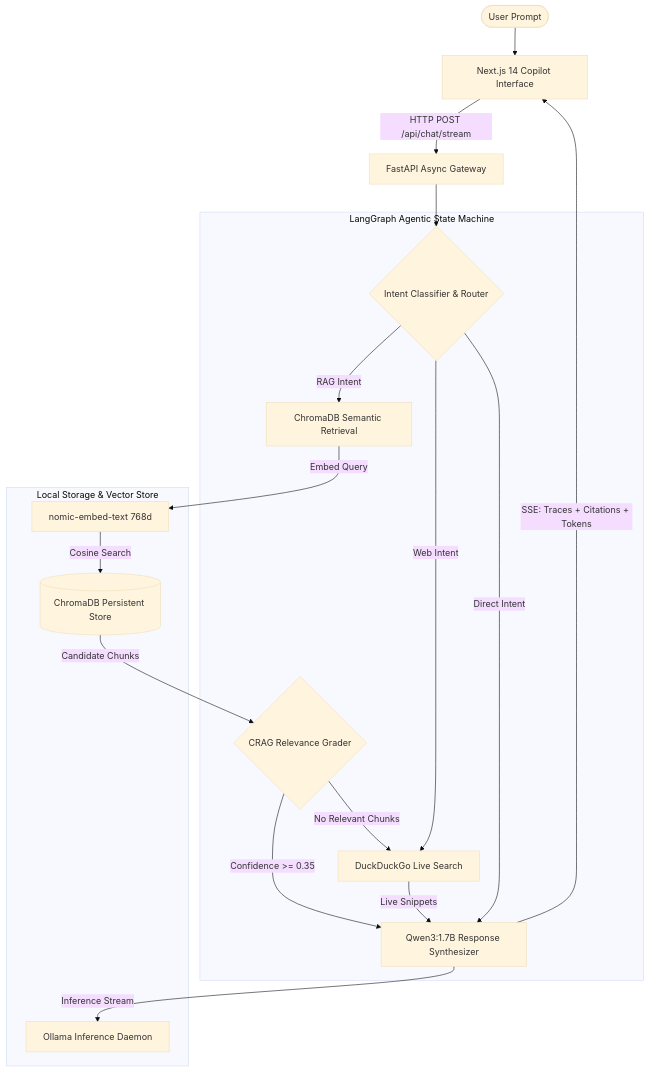
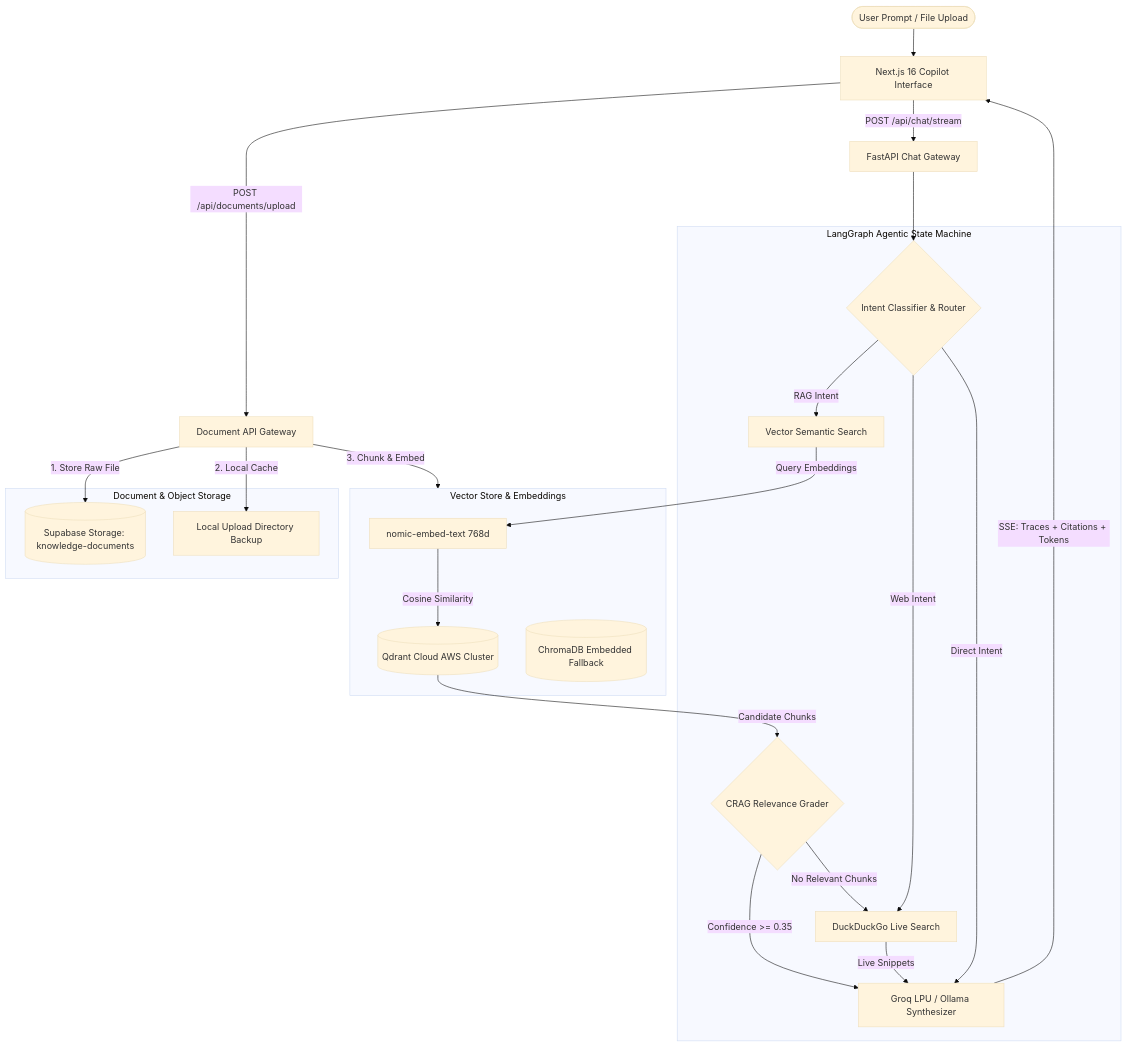
The diagram in README.md (zakirali05/Enterprise_Agentic_RAG_ChatBot), drawn with Mermaid (base theme) before and after one commit. The commit also changed other lines of this file and 9 other files, not shown here.

Commit message:
feat: integrate Supabase Storage for document upload & delete, clean architecture, update README to Apache 2.0

````diff
--- a/README.md
+++ b/README.md
@@ -29,35 +34,44 @@
 ```mermaid
 flowchart TD
-    User([User Prompt]) --> Frontend[Next.js 14 Copilot Interface]
-    Frontend -->|HTTP POST /api/chat/stream| Gateway[FastAPI Async Gateway]
+    User([User Prompt / File Upload]) --> Frontend[Next.js 16 Copilot Interface]
+    Frontend -->|POST /api/documents/upload| DocRoute[Document API Gateway]
+    Frontend -->|POST /api/chat/stream| ChatRoute[FastAPI Chat Gateway]
     
+    subgraph Storage ["Document & Object Storage"]
+        Supabase[(Supabase Storage: knowledge-documents)]
+        DiskBackup[Local Upload Directory Backup]
+    end
+
+    DocRoute -->|1. Store Raw File| Supabase
+    DocRoute -->|2. Local Cache| DiskBackup
+    DocRoute -->|3. Chunk & Embed| VectorEngine
+
+    subgraph VectorEngine ["Vector Store & Embeddings"]
+        Embedder[nomic-embed-text 768d]
+        Qdrant[(Qdrant Cloud AWS Cluster)]
+        Chroma[(ChromaDB Embedded Fallback)]
+    end
+
     subgraph LangGraph ["LangGraph Agentic State Machine"]
         Router{Intent Classifier & Router}
-        Retriever[ChromaDB Semantic Retrieval]
+        Retriever[Vector Semantic Search]
         Grader{CRAG Relevance Grader}
         WebSearch[DuckDuckGo Live Search]
-        Generator[Qwen3:1.7B Response Synthesizer]
+        Synthesizer[Groq LPU / Ollama Synthesizer]
     end
 
-    subgraph Storage ["Local Storage & Vector Store"]
-        Chroma[(ChromaDB Persistent Store)]
-        Embeddings[nomic-embed-text 768d]
-        OllamaEngine[Ollama Inference Daemon]
-    end
-
-    Gateway --> Router
+    ChatRoute --> Router
     Router -->|RAG Intent| Retriever
     Router -->|Web Intent| WebSearch
-    Router -->|Direct Intent| Generator
-    
-    Retriever -->|Embed Query| Embeddings
-    Embeddings -->|Cosine Search| Chroma
-    Chroma -->|Candidate Chunks| Grader
+    Router -->|Direct Intent| Synthesizer
 
-    Grader -->|Confidence >= 0.35| Generator
+    Retriever -->|Query Embeddings| Embedder
+    Embedder -->|Cosine Similarity| Qdrant
+    Qdrant -->|Candidate Chunks| Grader
+
+    Grader -->|Confidence >= 0.35| Synthesizer
     Grader -->|No Relevant Chunks| WebSearch
-    WebSearch -->|Live Snippets| Generator
+    WebSearch -->|Live Snippets| Synthesizer
 
-    Generator -->|Inference Stream| OllamaEngine
-    Generator -->|SSE: Traces + Citations + Tokens| Frontend
+    Synthesizer -->|SSE: Traces + Citations + Tokens| Frontend
 ```
````
